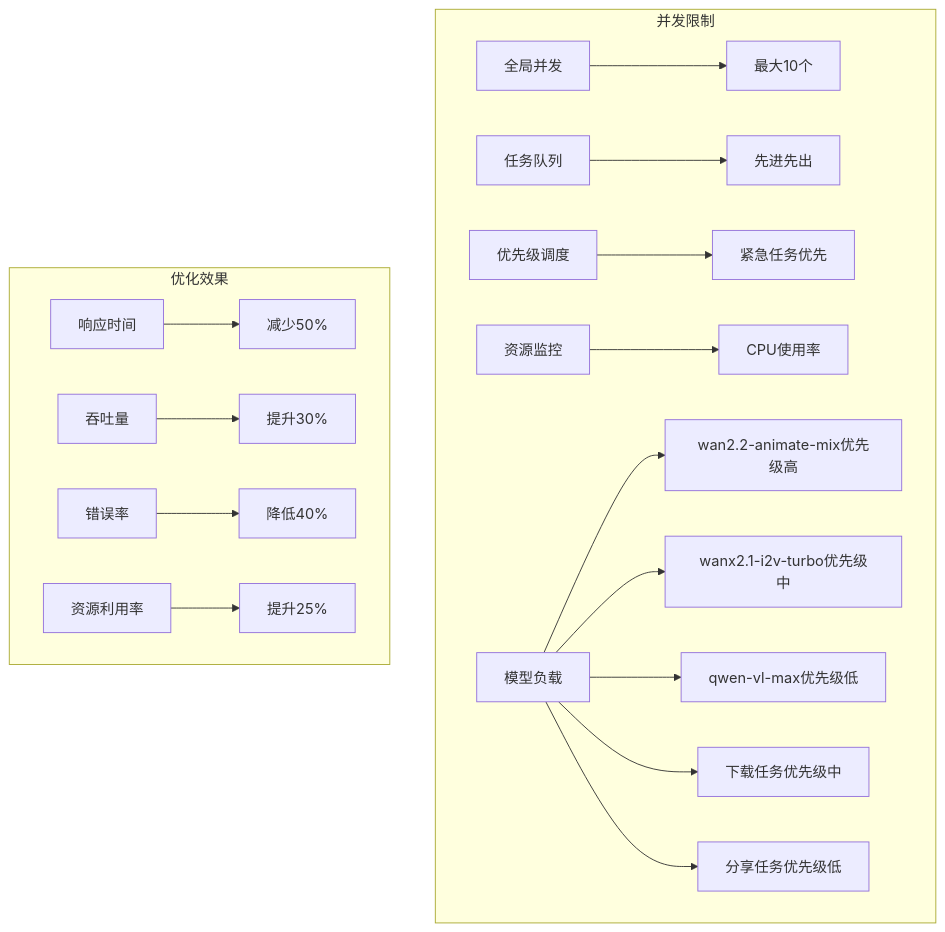
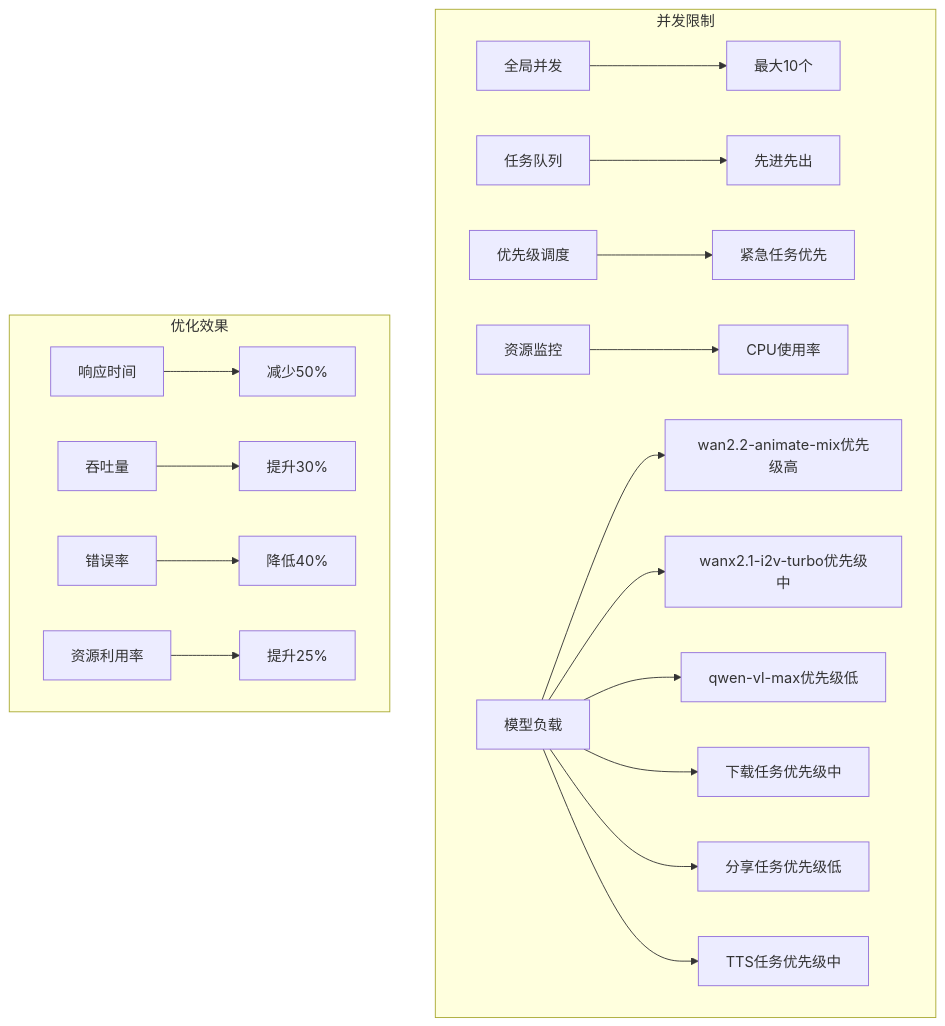
One commit to zuozuoliu740-cmd/xianxiong-news changed the eighth of 9 diagrams in .qoder/repowiki/zh/content/Dashscope Integration.md. Above: the diagram before and after it, drawn with Mermaid. The commit also changed other lines of this file and 72 other files, not shown here.

````diff
--- a/.qoder/repowiki/zh/content/Dashscope Integration.md
+++ b/.qoder/repowiki/zh/content/Dashscope Integration.md
@@ -471,20 +534,21 @@
 ```mermaid
 graph TB
 subgraph "并发限制"
 A[全局并发] --> A1[最大10个]
 B[任务队列] --> B1[先进先出]
 C[优先级调度] --> C1[紧急任务优先]
 D[资源监控] --> D1[CPU使用率]
 E[模型负载] --> E1[wan2.2-animate-mix优先级高]
 E --> E2[wanx2.1-i2v-turbo优先级中]
 E --> E3[qwen-vl-max优先级低]
 E --> E4[下载任务优先级中]
 E --> E5[分享任务优先级低]
+E --> E6[TTS任务优先级中]
 end
 subgraph "优化效果"
 F[响应时间] --> F1[减少50%]
 G[吞吐量] --> G1[提升30%]
 H[错误率] --> H1[降低40%]
 I[资源利用率] --> I1[提升25%]
 end
 ```
````
